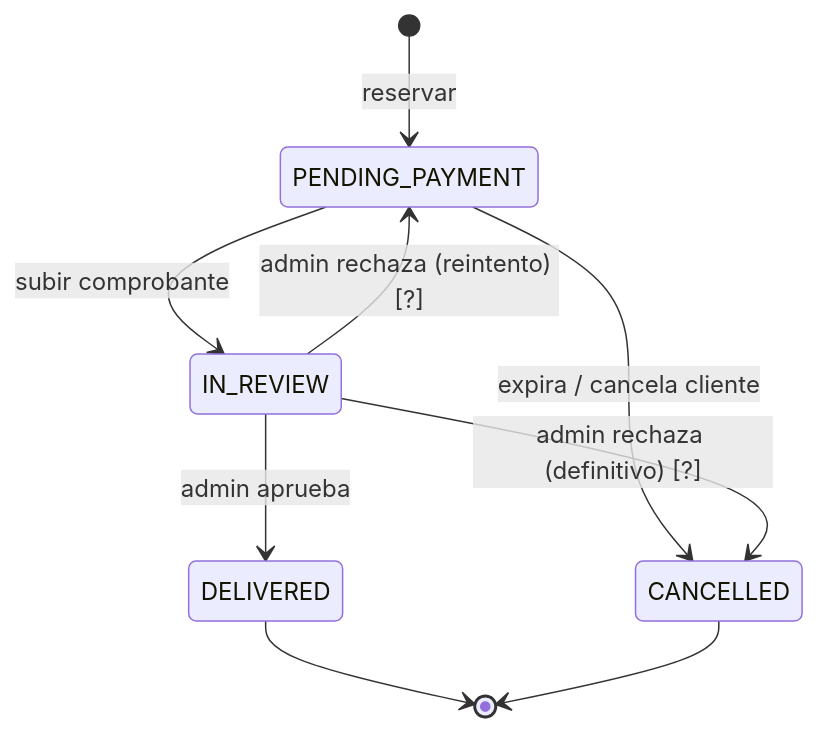
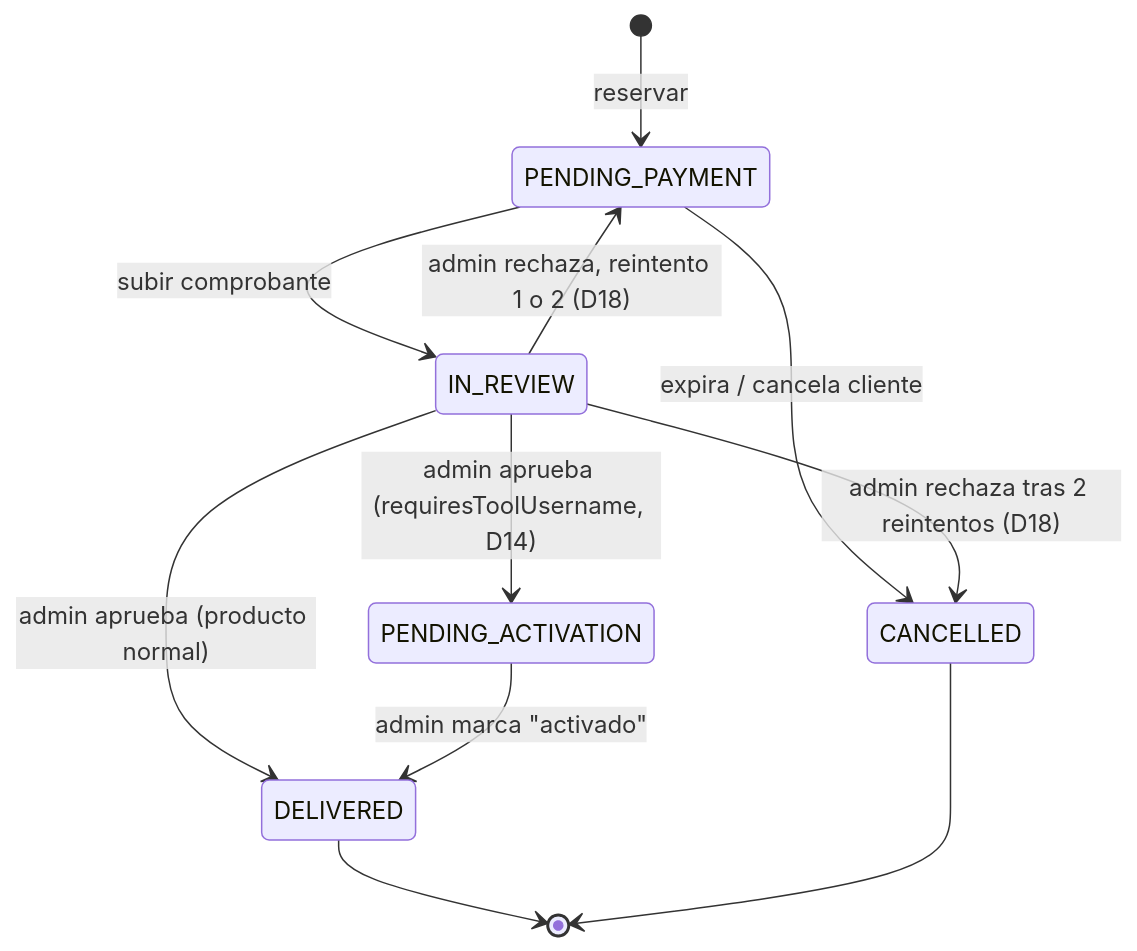
One commit to AlfredoNavarroDev/FreeCell changed the second of 4 diagrams in docs/04-arquitectura.md. Above: the diagram before and after it, drawn with Mermaid. The commit also changed other lines of this file and 66 other files, not shown here.

````diff
--- a/docs/04-arquitectura.md
+++ b/docs/04-arquitectura.md
@@ -66,11 +67,13 @@
 ```mermaid
 stateDiagram-v2
   [*] --> PENDING_PAYMENT: reservar
   PENDING_PAYMENT --> IN_REVIEW: subir comprobante
   PENDING_PAYMENT --> CANCELLED: expira / cancela cliente
-  IN_REVIEW --> DELIVERED: admin aprueba
-  IN_REVIEW --> PENDING_PAYMENT: admin rechaza (reintento) [?]
-  IN_REVIEW --> CANCELLED: admin rechaza (definitivo) [?]
+  IN_REVIEW --> DELIVERED: admin aprueba (producto normal)
+  IN_REVIEW --> PENDING_ACTIVATION: admin aprueba (requiresToolUsername, D14)
+  PENDING_ACTIVATION --> DELIVERED: admin marca "activado"
+  IN_REVIEW --> PENDING_PAYMENT: admin rechaza, reintento 1 o 2 (D18)
+  IN_REVIEW --> CANCELLED: admin rechaza tras 2 reintentos (D18)
   DELIVERED --> [*]
   CANCELLED --> [*]
 ```
````
